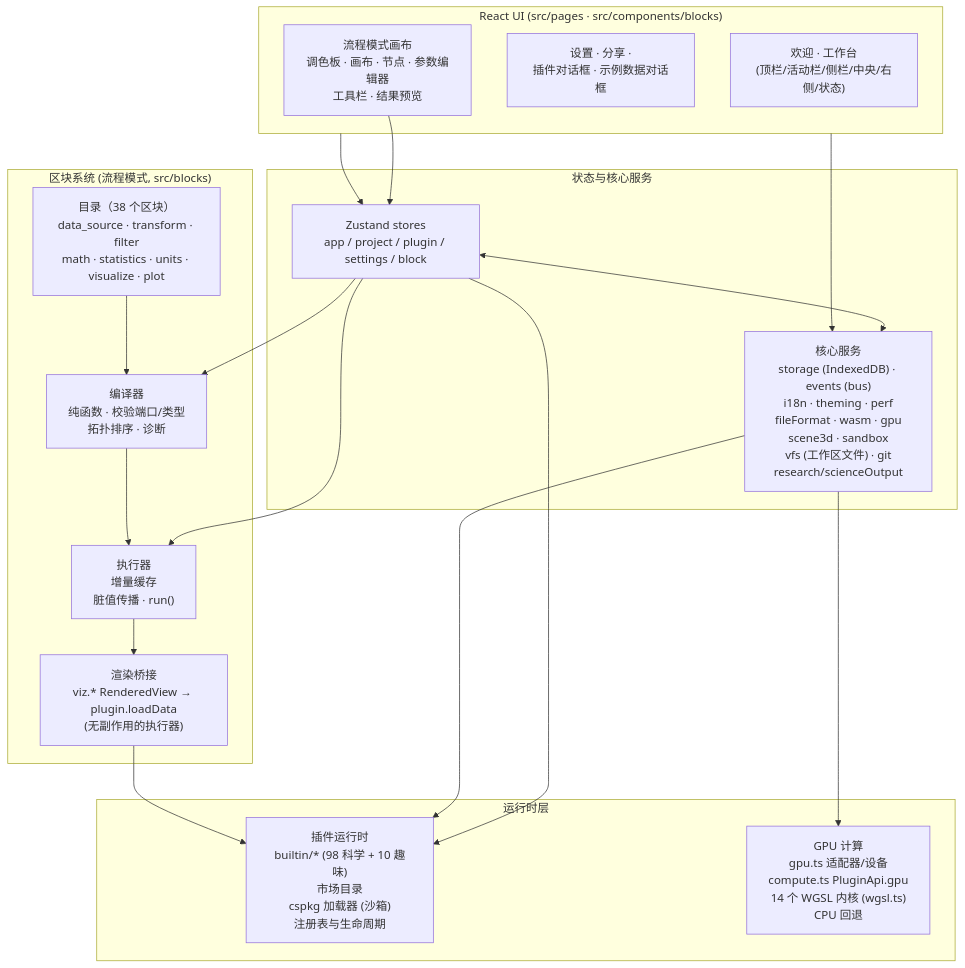
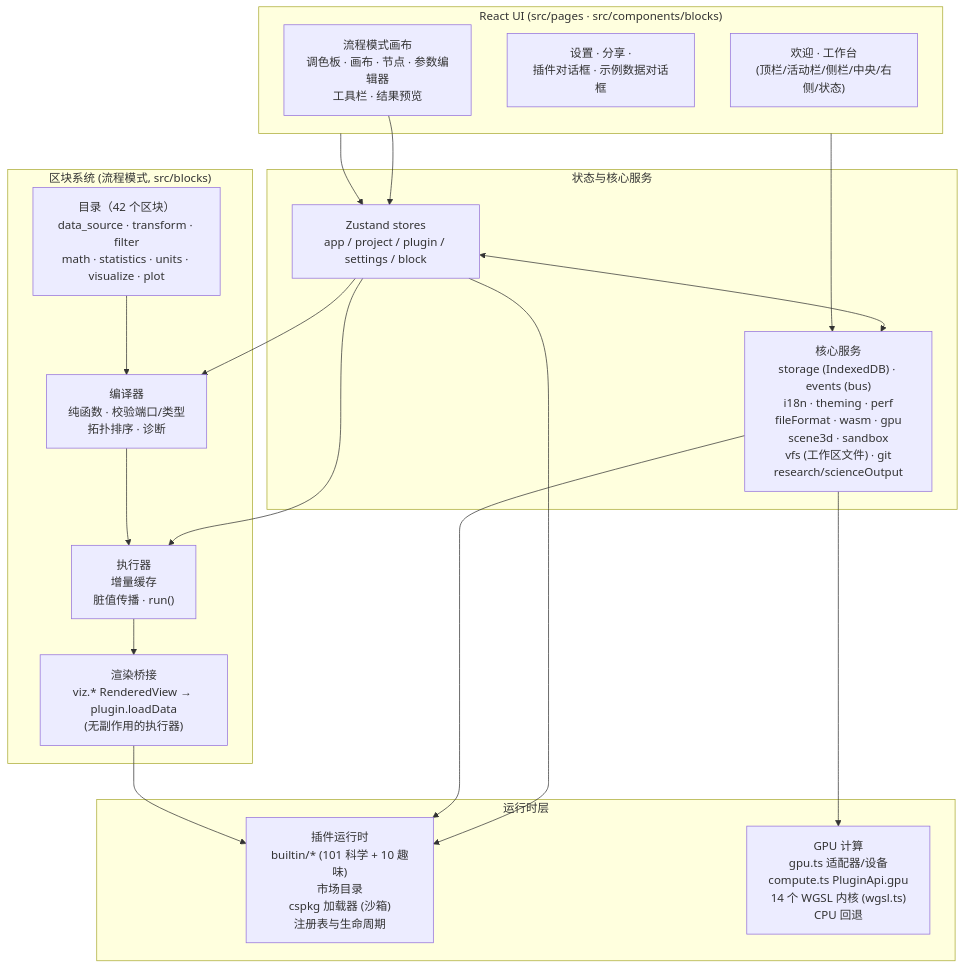
One commit to SnowLeopard-io/ErgalicsStudio changed the diagram in README.zh-CN.md. Above: the diagram before and after it, drawn with Mermaid. The commit also changed other lines of this file and 7 other files, not shown here.

````diff
--- a/README.zh-CN.md
+++ b/README.zh-CN.md
@@ -172,39 +172,39 @@
 ```mermaid
 flowchart TB
     subgraph UI["React UI (src/pages · src/components/blocks)"]
         A1["欢迎 · 工作台<br/>(顶栏/活动栏/侧栏/中央/右侧/状态)"]
         A2["设置 · 分享 ·<br/>插件对话框 · 示例数据对话框"]
         A3["流程模式画布<br/>调色板 · 画布 · 节点 · 参数编辑器<br/>工具栏 · 结果预览"]
     end
 
     subgraph State["状态与核心服务"]
         B1["Zustand stores<br/>app / project / plugin / settings / block"]
         B2["核心服务<br/>storage (IndexedDB) · events (bus)<br/>i18n · theming · perf<br/>fileFormat · wasm · gpu<br/>scene3d · sandbox<br/>vfs (工作区文件) · git<br/>research/scienceOutput"]
     end
 
     subgraph Blocks["区块系统 (流程模式, src/blocks)"]
-        D1["目录（38 个区块）<br/>data_source · transform · filter<br/>math · statistics · units · visualize · plot"]
+        D1["目录（42 个区块）<br/>data_source · transform · filter<br/>math · statistics · units · visualize · plot"]
         D2["编译器<br/>纯函数 · 校验端口/类型<br/>拓扑排序 · 诊断"]
         D3["执行器<br/>增量缓存<br/>脏值传播 · run()"]
         D4["渲染桥接<br/>viz.* RenderedView → plugin.loadData<br/>(无副作用的执行器)"]
     end
 
     subgraph Runtime["运行时层"]
-        C1["插件运行时<br/>builtin/* (98 科学 + 10 趣味)<br/>市场目录<br/>cspkg 加载器 (沙箱)<br/>注册表与生命周期"]
+        C1["插件运行时<br/>builtin/* (101 科学 + 10 趣味)<br/>市场目录<br/>cspkg 加载器 (沙箱)<br/>注册表与生命周期"]
         C2["GPU 计算<br/>gpu.ts 适配器/设备<br/>compute.ts PluginApi.gpu<br/>14 个 WGSL 内核 (wgsl.ts)<br/>CPU 回退"]
     end
 
     UI --> B1
     UI --> B2
     B1 <--> B2
     B1 --> C1
     B2 --> C1
     B2 --> C2
     A3 --> B1
     B1 --> D2
     B1 --> D3
     D2 --> D3
     D1 --> D2
     D3 --> D4
     D4 --> C1
 ```
````
